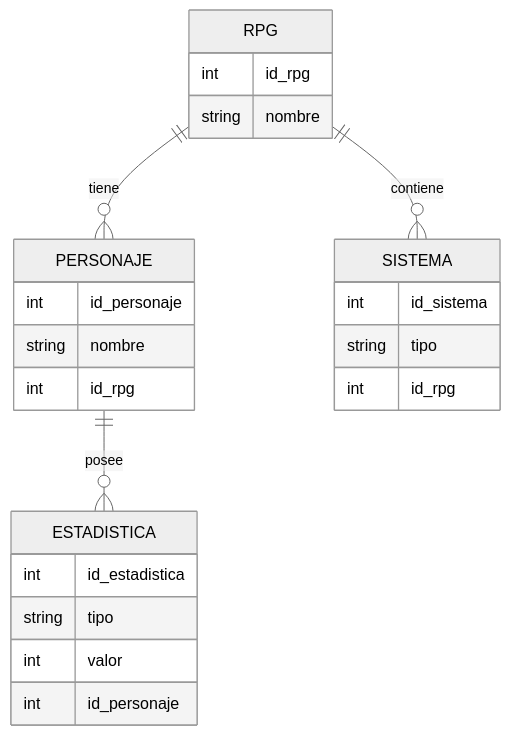
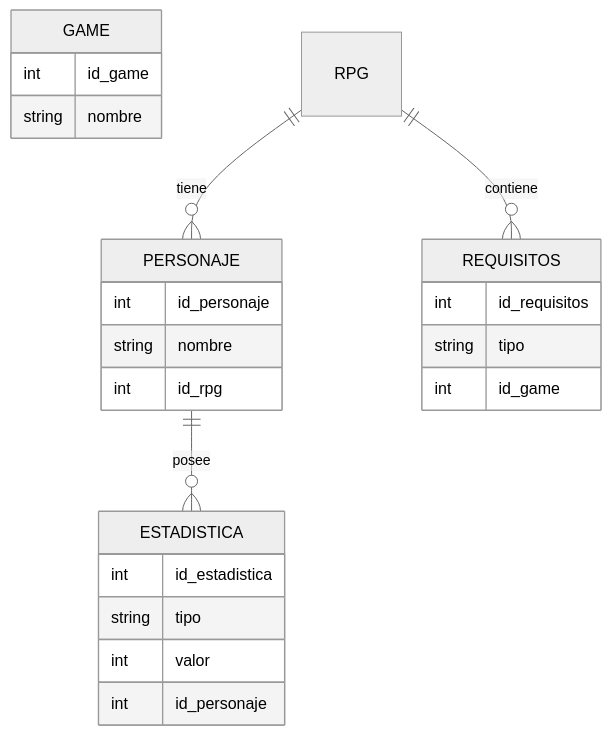
Before and after one commit to dedotes-san/Los-gargamelitos: the diagram in mermaid.md, drawn with Mermaid (neutral theme).

Commit message:
Refactor RPG diagram to include game and requirements

````diff
--- a/mermaid.md
+++ b/mermaid.md
@@ -4,32 +4,32 @@
 ```mermaid
 
   erDiagram
 
-    RPG {
-        int id_rpg
+    GAME {
+        int id_game
         string nombre
     }
 
     PERSONAJE {
         int id_personaje
         string nombre
         int id_rpg
     }
 
     ESTADISTICA {
         int id_estadistica
         string tipo
         int valor
         int id_personaje
     }
 
-    SISTEMA {
-        int id_sistema
+    REQUISITOS {
+        int id_requisitos
         string tipo
-        int id_rpg
+        int id_game
     }
 
     RPG ||--o{ PERSONAJE : tiene
-    RPG ||--o{ SISTEMA : contiene
+    RPG ||--o{ REQUISITOS : contiene
     PERSONAJE ||--o{ ESTADISTICA : posee
 ```
````
